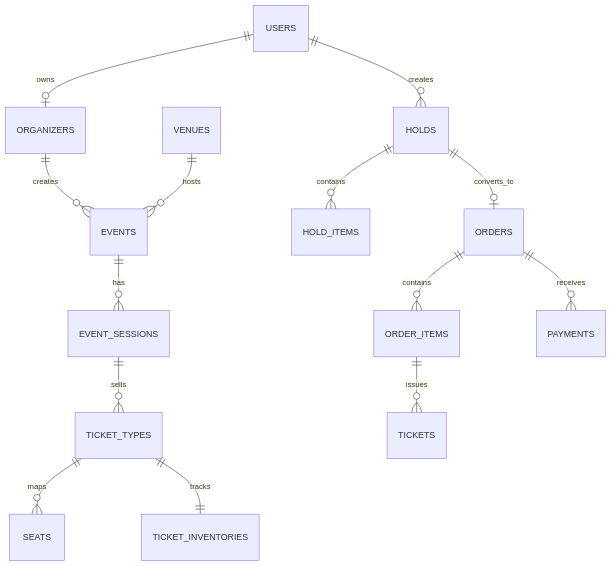
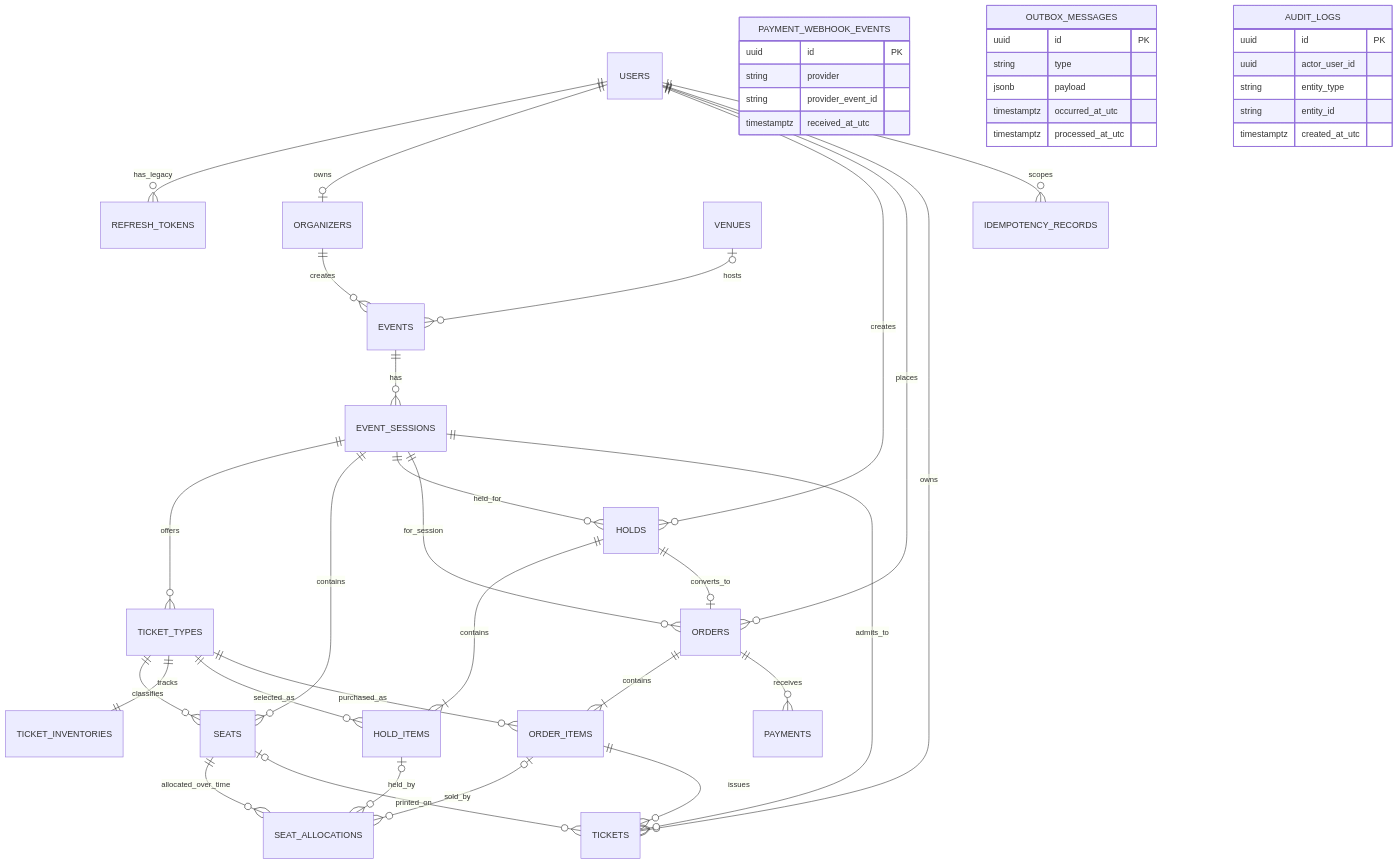
Before and after one commit to loihnt05/TixFlow-BE: the first of 2 diagrams in docs/database.md, drawn with Mermaid. The commit also changed other lines of this file and 23 other files, not shown here.

First line of the commit message:
Add sequence and state diagrams for booking process; enhance authentication and authorization logic

````diff
--- a/docs/database.md
+++ b/docs/database.md
@@ -3,16 +8,50 @@
 ```mermaid
 erDiagram
+    USERS ||--o{ REFRESH_TOKENS : has_legacy
     USERS ||--o| ORGANIZERS : owns
     ORGANIZERS ||--o{ EVENTS : creates
-    VENUES ||--o{ EVENTS : hosts
+    VENUES o|--o{ EVENTS : hosts
     EVENTS ||--o{ EVENT_SESSIONS : has
-    EVENT_SESSIONS ||--o{ TICKET_TYPES : sells
-    TICKET_TYPES ||--o{ SEATS : maps
+    EVENT_SESSIONS ||--o{ TICKET_TYPES : offers
+    EVENT_SESSIONS ||--o{ SEATS : contains
+    TICKET_TYPES ||--o{ SEATS : classifies
     TICKET_TYPES ||--|| TICKET_INVENTORIES : tracks
     USERS ||--o{ HOLDS : creates
-    HOLDS ||--o{ HOLD_ITEMS : contains
+    EVENT_SESSIONS ||--o{ HOLDS : held_for
+    HOLDS ||--|{ HOLD_ITEMS : contains
+    TICKET_TYPES ||--o{ HOLD_ITEMS : selected_as
     HOLDS ||--o| ORDERS : converts_to
-    ORDERS ||--o{ ORDER_ITEMS : contains
+    USERS ||--o{ ORDERS : places
+    EVENT_SESSIONS ||--o{ ORDERS : for_session
+    ORDERS ||--|{ ORDER_ITEMS : contains
+    TICKET_TYPES ||--o{ ORDER_ITEMS : purchased_as
+    SEATS ||--o{ SEAT_ALLOCATIONS : allocated_over_time
+    HOLD_ITEMS o|--o{ SEAT_ALLOCATIONS : held_by
+    ORDER_ITEMS o|--o{ SEAT_ALLOCATIONS : sold_by
     ORDERS ||--o{ PAYMENTS : receives
     ORDER_ITEMS ||--o{ TICKETS : issues
+    USERS ||--o{ TICKETS : owns
+    EVENT_SESSIONS ||--o{ TICKETS : admits_to
+    SEATS o|--o{ TICKETS : printed_on
+    USERS ||--o{ IDEMPOTENCY_RECORDS : scopes
+    PAYMENT_WEBHOOK_EVENTS {
+        uuid id PK
+        string provider
+        string provider_event_id
+        timestamptz received_at_utc
+    }
+    OUTBOX_MESSAGES {
+        uuid id PK
+        string type
+        jsonb payload
+        timestamptz occurred_at_utc
+        timestamptz processed_at_utc
+    }
+    AUDIT_LOGS {
+        uuid id PK
+        uuid actor_user_id
+        string entity_type
+        string entity_id
+        timestamptz created_at_utc
+    }
 ```
````
